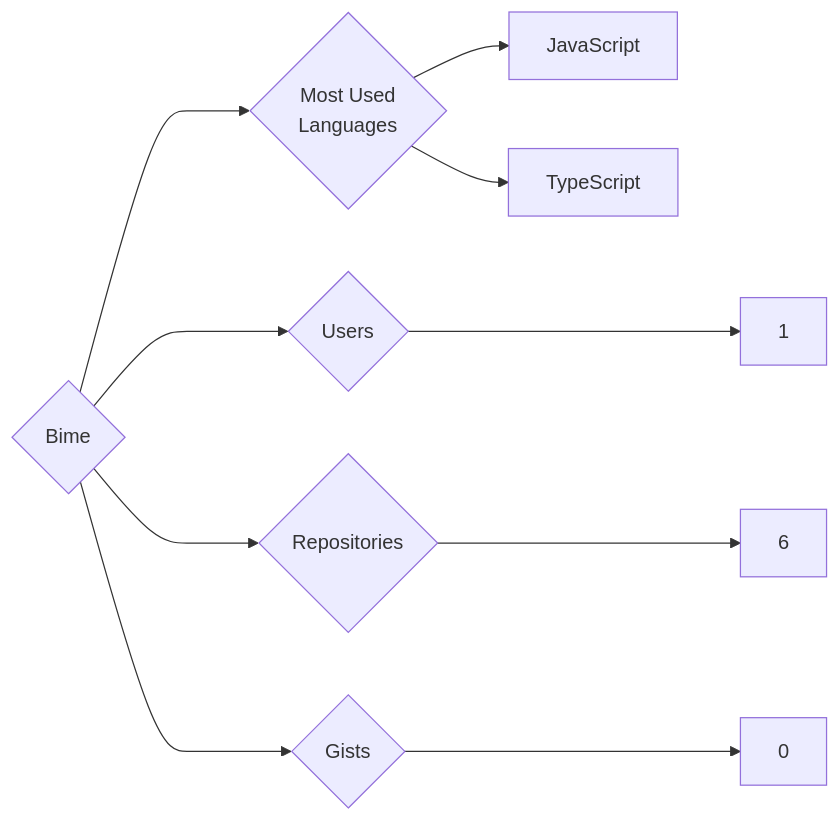
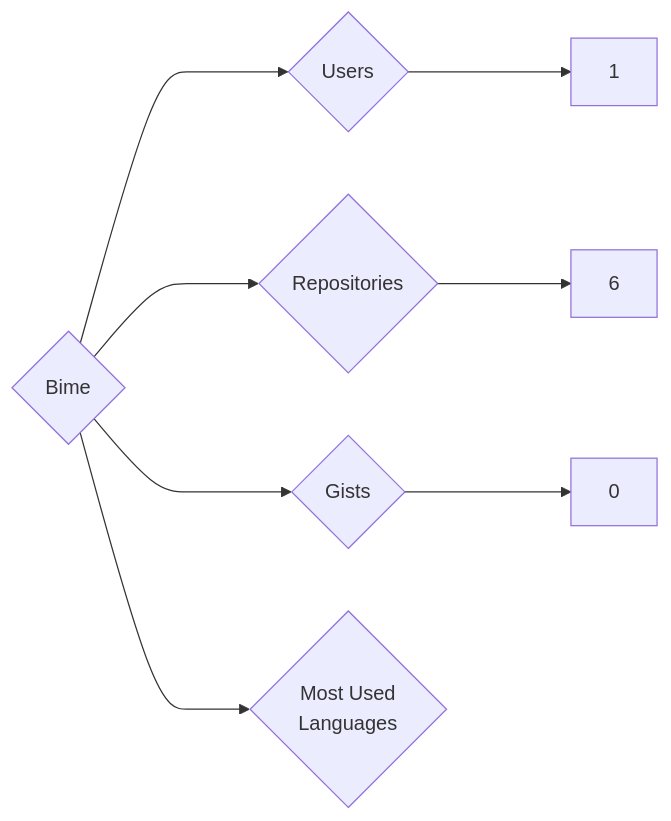
Before and after one commit to trickest/insiders: the diagram in targets/Bime/README.md, drawn with Mermaid. The commit also changed 1023 other files, not shown here.

````diff
--- a/targets/Bime/README.md
+++ b/targets/Bime/README.md
@@ -3,10 +3,8 @@
 ```mermaid
 graph LR
 COMPANY_NAME{Bime}
 COMPANY_NAME ---> U{Users} ---> UN[1]
 COMPANY_NAME ---> R{Repositories} ---> RN[6]
 COMPANY_NAME ---> G{Gists} ---> GN[0]
 COMPANY_NAME ---> ML{Most Used<br>Languages}
-ML --> JavaScript[JavaScript]
-ML --> TypeScript[TypeScript]
 ```
````
